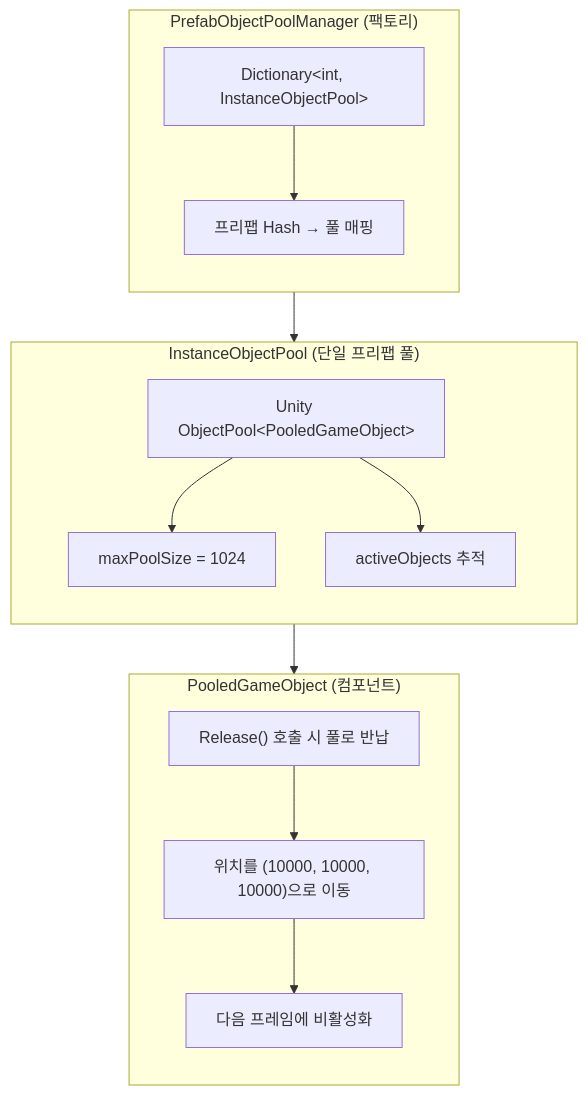
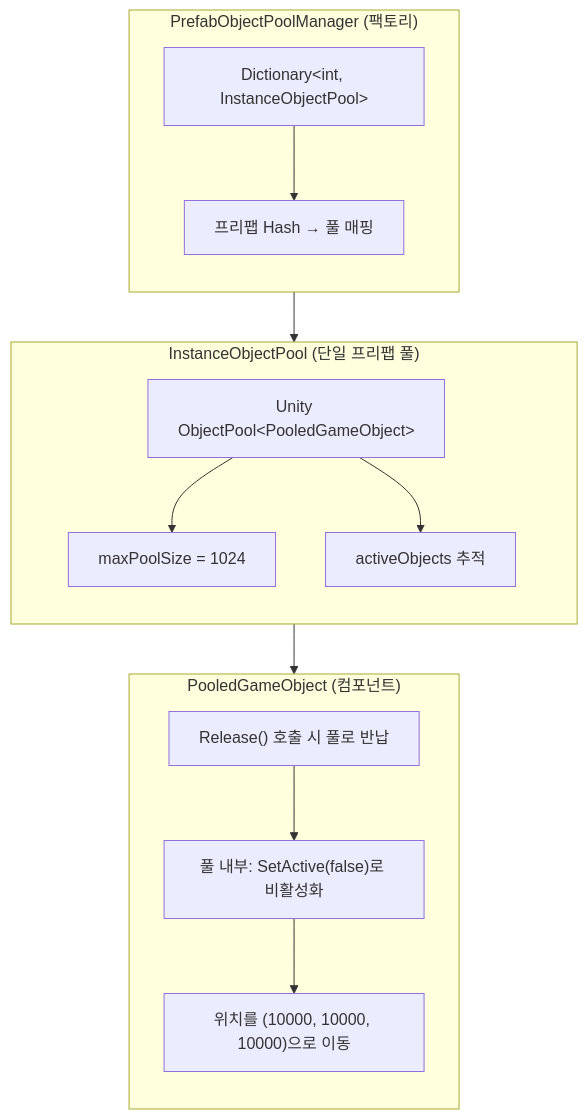
Before and after one commit to Epheria/Epheria.github.io: the fifth of 9 diagrams in _posts/Unity/light/2025-10-03-light2d.md, drawn with Mermaid. The commit also changed other lines of this file and 2 other files, not shown here.

````diff
--- a/_posts/Unity/light/2025-10-03-light2d.md
+++ b/_posts/Unity/light/2025-10-03-light2d.md
@@ -450,28 +450,28 @@
 ```mermaid
 flowchart TB
     subgraph Factory["PrefabObjectPoolManager (팩토리)"]
         direction TB
         F1["Dictionary&lt;int, InstanceObjectPool&gt;"]
         F2["프리팹 Hash → 풀 매핑"]
         F1 --> F2
     end
 
     subgraph Pool["InstanceObjectPool (단일 프리팹 풀)"]
         direction TB
         P1["Unity ObjectPool&lt;PooledGameObject&gt;"]
         P2["maxPoolSize = 1024"]
         P3["activeObjects 추적"]
         P1 --> P2
         P1 --> P3
     end
 
     subgraph Component["PooledGameObject (컴포넌트)"]
         direction TB
         C1["Release() 호출 시 풀로 반납"]
-        C2["위치를 (10000, 10000, 10000)으로 이동"]
-        C3["다음 프레임에 비활성화"]
+        C2["풀 내부: SetActive(false)로 비활성화"]
+        C3["위치를 (10000, 10000, 10000)으로 이동"]
         C1 --> C2 --> C3
     end
 
     Factory --> Pool --> Component
 ```
````
